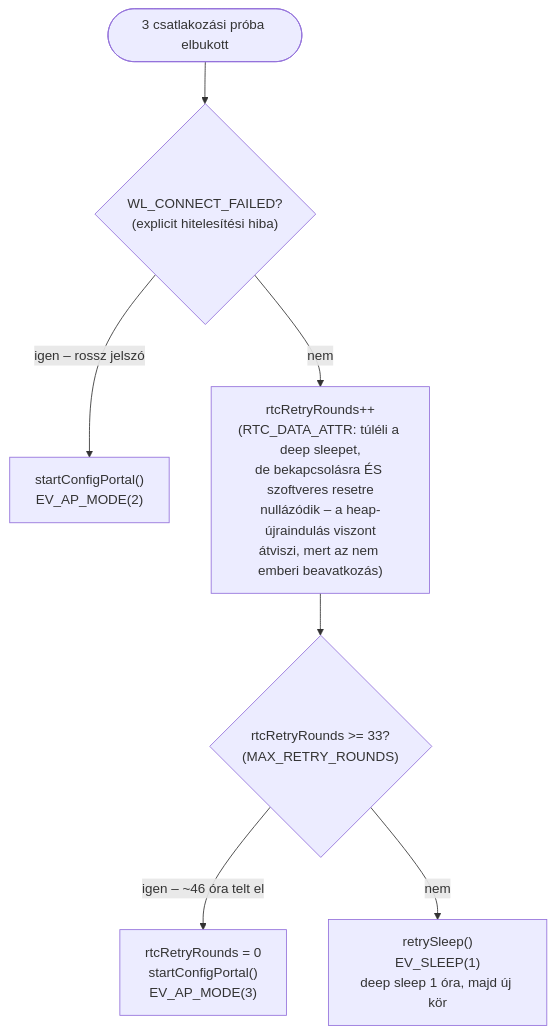
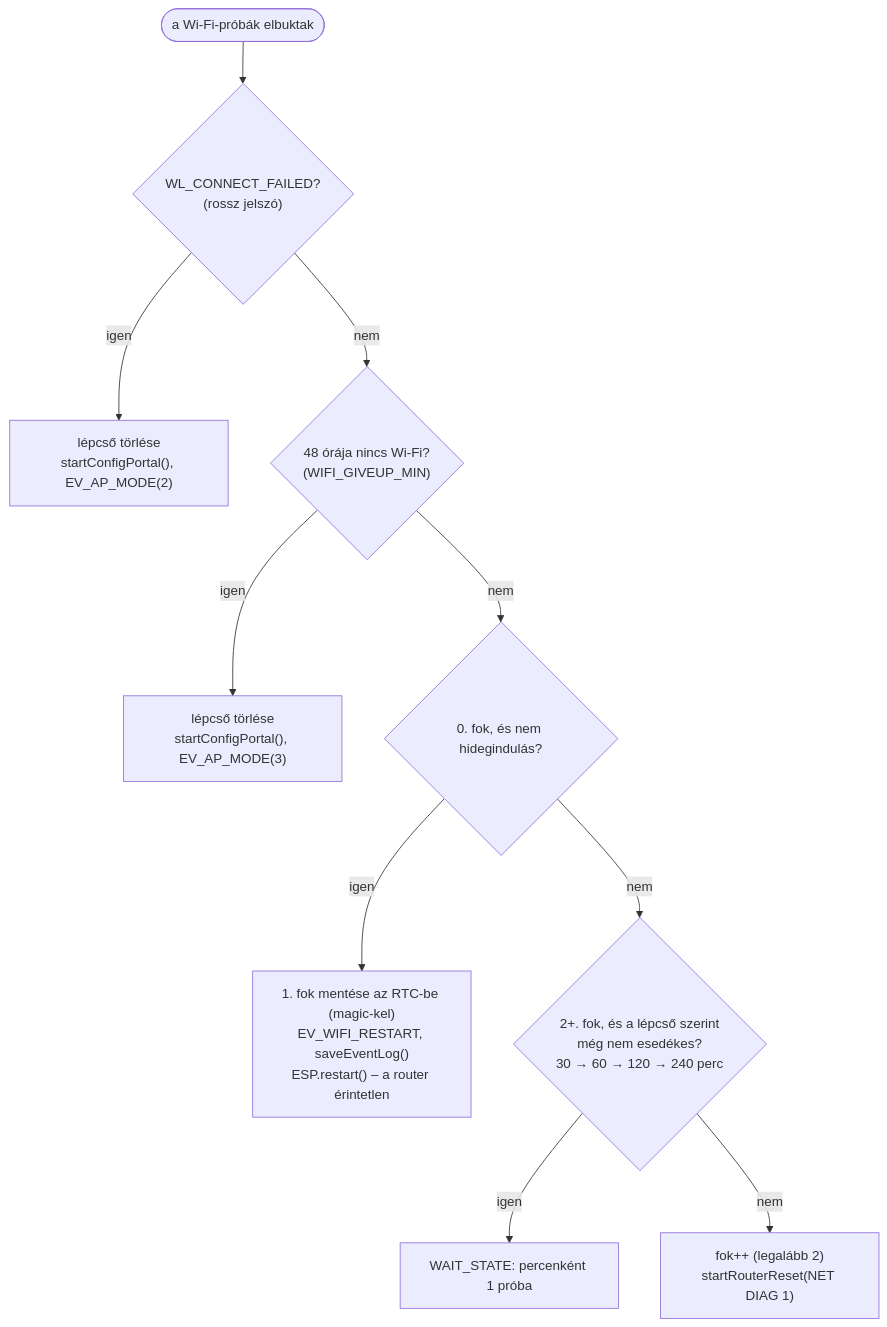
The seventh of 10 diagrams in FOLYAMATABRA.md (manszabi/bazsi-router-reboot), drawn with Mermaid before and after one commit. The commit also changed other lines of this file and 11 other files, not shown here.

First line of the commit message:
feat: Wi-Fi-lepcso - elobb ESP-ujrainditas, utana router reset, ritkulo ismetles

````diff
--- a/FOLYAMATABRA.md
+++ b/FOLYAMATABRA.md
@@ -219,9 +212,12 @@
 ```mermaid
 flowchart TD
-    IN([3 csatlakozási próba elbukott]) --> AUTH{"WL_CONNECT_FAILED?<br>(explicit hitelesítési hiba)"}
-    AUTH -->|"igen – rossz jelszó"| AP2["startConfigPortal()<br>EV_AP_MODE(2)"]
-    AUTH -->|nem| INC["rtcRetryRounds++<br>(RTC_DATA_ATTR: túléli a deep sleepet,<br>de bekapcsolásra ÉS szoftveres resetre<br>nullázódik – a heap-újraindulás viszont<br>átviszi, mert az nem emberi beavatkozás)"]
-    INC --> R33{"rtcRetryRounds >= 33?<br>(MAX_RETRY_ROUNDS)"}
-    R33 -->|"igen – ~46 óra telt el"| AP3["rtcRetryRounds = 0<br>startConfigPortal()<br>EV_AP_MODE(3)"]
-    R33 -->|nem| SL["retrySleep()<br>EV_SLEEP(1)<br>deep sleep 1 óra, majd új kör"]
+    IN([a Wi-Fi-próbák elbuktak]) --> AUTH{"WL_CONNECT_FAILED?<br>(rossz jelszó)"}
+    AUTH -->|igen| AP2["lépcső törlése<br>startConfigPortal(), EV_AP_MODE(2)"]
+    AUTH -->|nem| GIVE{"48 órája nincs Wi-Fi?<br>(WIFI_GIVEUP_MIN)"}
+    GIVE -->|igen| AP3["lépcső törlése<br>startConfigPortal(), EV_AP_MODE(3)"]
+    GIVE -->|nem| S0{"0. fok, és nem hidegindulás?"}
+    S0 -->|igen| RST["1. fok mentése az RTC-be (magic-kel)<br>EV_WIFI_RESTART, saveEventLog()<br>ESP.restart() – a router érintetlen"]
+    S0 -->|nem| PEND{"2+. fok, és a lépcső szerint<br>még nem esedékes?<br>30 → 60 → 120 → 240 perc"}
+    PEND -->|igen| WAIT["WAIT_STATE: percenként 1 próba"]
+    PEND -->|nem| RR["fok++ (legalább 2)<br>startRouterReset(NET DIAG 1)"]
 ```
````
